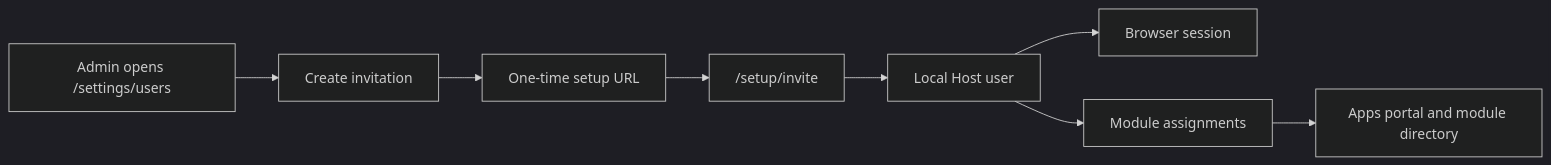
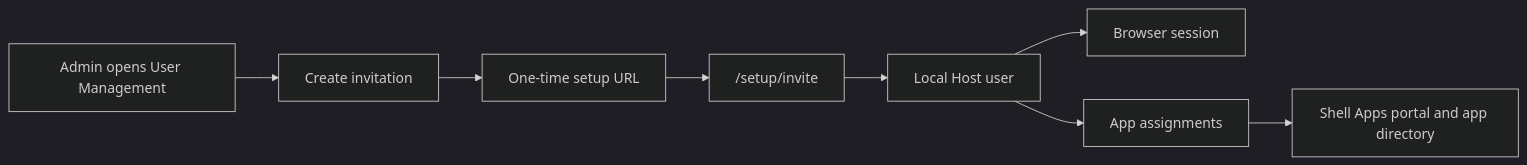
One commit to alex-de-haas/docker-host changed the diagram in docs/features/user-management.md. Above: the diagram before and after it, drawn with Mermaid (dark theme). The commit also changed other lines of this file and 302 other files, not shown here.

````diff
--- a/docs/features/user-management.md
+++ b/docs/features/user-management.md
@@ -24,10 +24,10 @@
 ```mermaid
 flowchart LR
-  A["Admin opens /settings/users"] --> B["Create invitation"]
+  A["Admin opens User Management"] --> B["Create invitation"]
   B --> C["One-time setup URL"]
   C --> D["/setup/invite"]
   D --> E["Local Host user"]
   E --> F["Browser session"]
-  E --> G["Module assignments"]
-  G --> H["Apps portal and module directory"]
+  E --> G["App assignments"]
+  G --> H["Shell Apps portal and app directory"]
 ```
````
